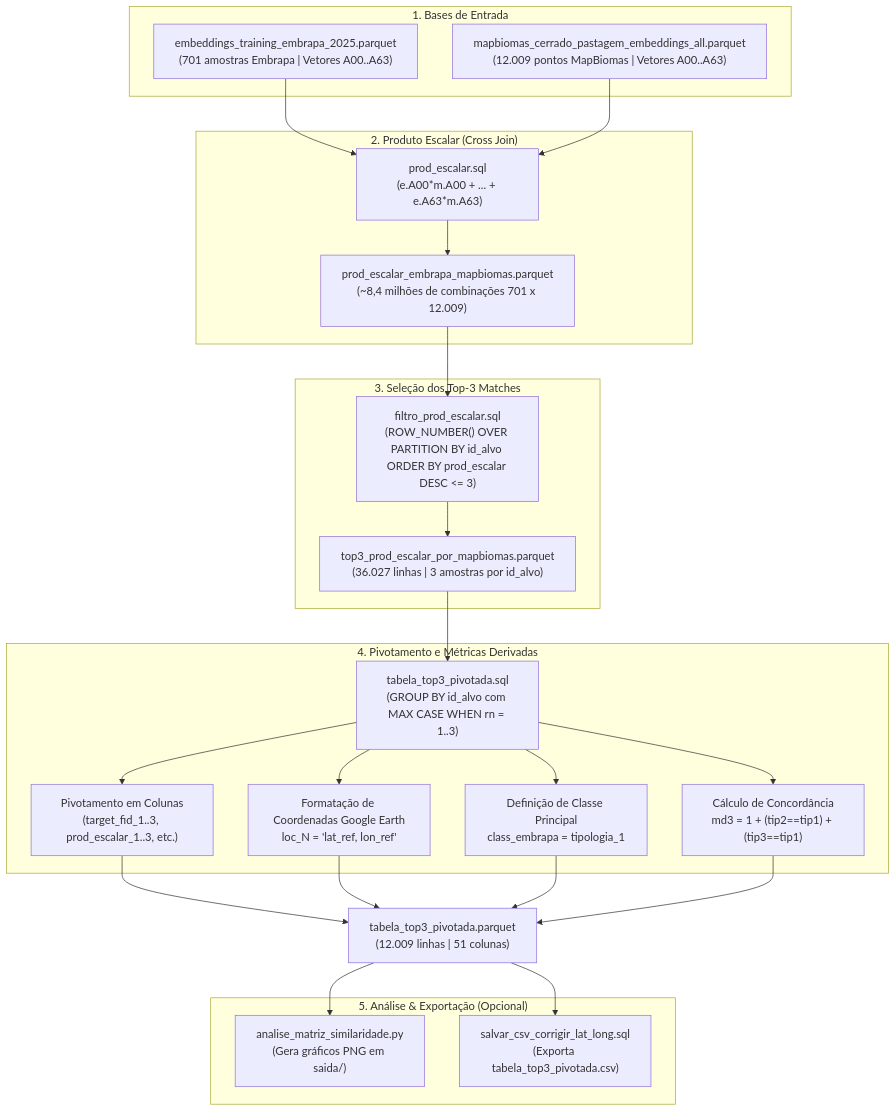
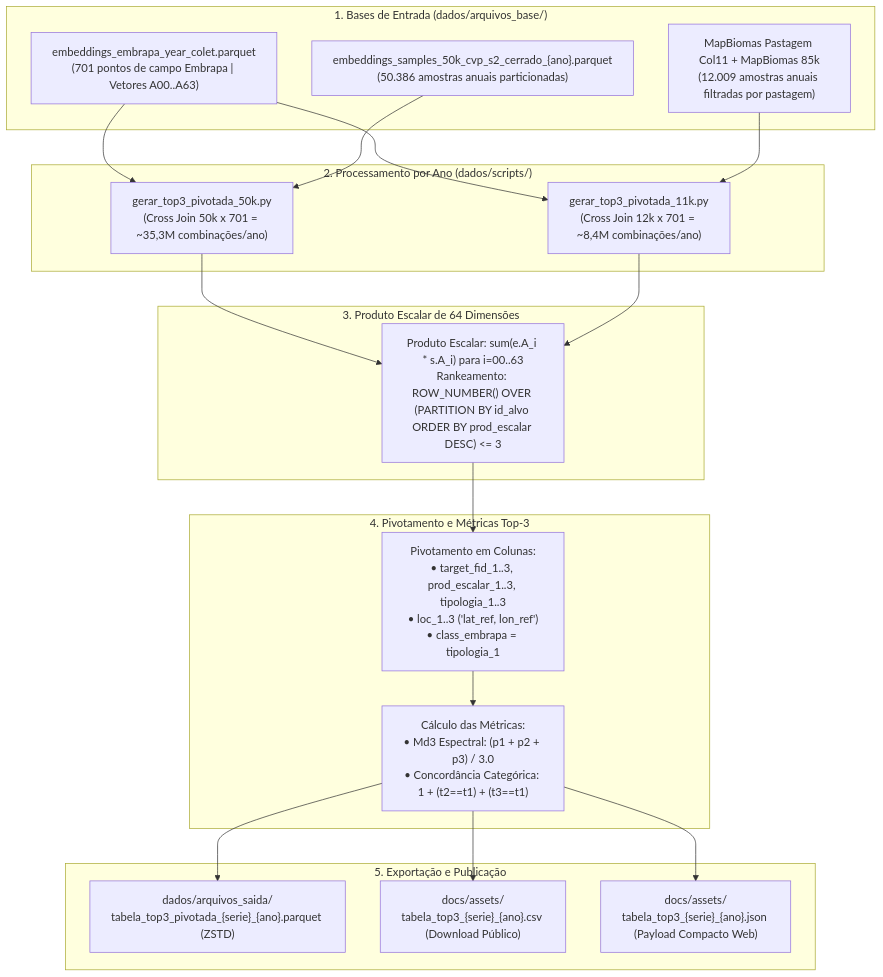
One commit to guilhermeramosvaz/WRI_LAPIG changed the diagram in documentos/fluxograma_processamento.md. Above: the diagram before and after it, drawn with Mermaid. The commit also changed other lines of this file and 3 other files, not shown here.

````diff
--- a/documentos/fluxograma_processamento.md
+++ b/documentos/fluxograma_processamento.md
@@ -9,47 +9,35 @@
 ```mermaid
 flowchart TD
-    subgraph ETAPA_1["1. Bases de Entrada"]
-        E["embeddings_training_embrapa_2025.parquet\n(701 amostras Embrapa | Vetores A00..A63)"]
-        M["mapbiomas_cerrado_pastagem_embeddings_all.parquet\n(12.009 pontos MapBiomas | Vetores A00..A63)"]
+    subgraph ETAPA_1["1. Bases de Entrada (dados/arquivos_base/)"]
+        E["embeddings_embrapa_year_colet.parquet\n(701 pontos de campo Embrapa | Vetores A00..A63)"]
+        S50["embeddings_samples_50k_cvp_s2_cerrado_{ano}.parquet\n(50.386 amostras anuais particionadas)"]
+        S12["MapBiomas Pastagem Col11 + MapBiomas 85k\n(12.009 amostras anuais filtradas por pastagem)"]
     end
 
-    subgraph ETAPA_2["2. Produto Escalar (Cross Join)"]
-        SQL_1["prod_escalar.sql\n(e.A00*m.A00 + ... + e.A63*m.A63)"]
-        PE["prod_escalar_embrapa_mapbiomas.parquet\n(~8,4 milhões de combinações 701 x 12.009)"]
+    subgraph ETAPA_2["2. Processamento por Ano (dados/scripts/)"]
+        P50["gerar_top3_pivotada_50k.py\n(Cross Join 50k x 701 = ~35,3M combinações/ano)"]
+        P12["gerar_top3_pivotada_11k.py\n(Cross Join 12k x 701 = ~8,4M combinações/ano)"]
     end
 
-    subgraph ETAPA_3["3. Seleção dos Top-3 Matches"]
-        SQL_2["filtro_prod_escalar.sql\n(ROW_NUMBER() OVER PARTITION BY id_alvo ORDER BY prod_escalar DESC <= 3)"]
-        T3["top3_prod_escalar_por_mapbiomas.parquet\n(36.027 linhas | 3 amostras por id_alvo)"]
+    subgraph ETAPA_3["3. Produto Escalar de 64 Dimensões"]
+        DOT["Produto Escalar: sum(e.A_i * s.A_i) para i=00..63\nRankeamento: ROW_NUMBER() OVER (PARTITION BY id_alvo ORDER BY prod_escalar DESC) <= 3"]
     end
 
-    subgraph ETAPA_4["4. Pivotamento e Métricas Derivadas"]
-        SQL_3["tabela_top3_pivotada.sql\n(GROUP BY id_alvo com MAX CASE WHEN rn = 1..3)"]
-        
-        P1["Pivotamento em Colunas\n(target_fid_1..3, prod_escalar_1..3, etc.)"]
-        P2["Formatação de Coordenadas Google Earth\nloc_N = 'lat_ref, lon_ref'"]
-        P3["Definição de Classe Principal\nclass_embrapa = tipologia_1"]
-        P4["Cálculo de Concordância\nmd3 = 1 + (tip2==tip1) + (tip3==tip1)"]
+    subgraph ETAPA_4["4. Pivotamento e Métricas Top-3"]
+        PIV["Pivotamento em Colunas:\n• target_fid_1..3, prod_escalar_1..3, tipologia_1..3\n• loc_1..3 ('lat_ref, lon_ref')\n• class_embrapa = tipologia_1"]
+        MD3["Cálculo das Métricas:\n• Md3 Espectral: (p1 + p2 + p3) / 3.0\n• Concordância Categórica: 1 + (t2==t1) + (t3==t1)"]
     end
 
-    OUT["tabela_top3_pivotada.parquet\n(12.009 linhas | 51 colunas)"]
-
-    subgraph ETAPA_5["5. Análise & Exportação (Opcional)"]
-        PY["analise_matriz_similaridade.py\n(Gera gráficos PNG em saida/)"]
-        CSV["salvar_csv_corrigir_lat_long.sql\n(Exporta tabela_top3_pivotada.csv)"]
+    subgraph ETAPA_5["5. Exportação e Publicação"]
+        PQ["dados/arquivos_saida/\ntabela_top3_pivotada_{serie}_{ano}.parquet (ZSTD)"]
+        CSV["docs/assets/\ntabela_top3_{serie}_{ano}.csv (Download Público)"]
+        JSON["docs/assets/\ntabela_top3_{serie}_{ano}.json (Payload Compacto Web)"]
     end
 
-    E --> SQL_1
-    M --> SQL_1
-    SQL_1 --> PE
-    PE --> SQL_2
-    SQL_2 --> T3
-    T3 --> SQL_3
-    SQL_3 --> P1
-    SQL_3 --> P2
-    SQL_3 --> P3
-    SQL_3 --> P4
-    P1 & P2 & P3 & P4 --> OUT
-    OUT --> PY
-    OUT --> CSV
+    E & S50 --> P50
+    E & S12 --> P12
+    P50 & P12 --> DOT
+    DOT --> PIV
+    PIV --> MD3
+    MD3 --> PQ & CSV & JSON
 ```
````
